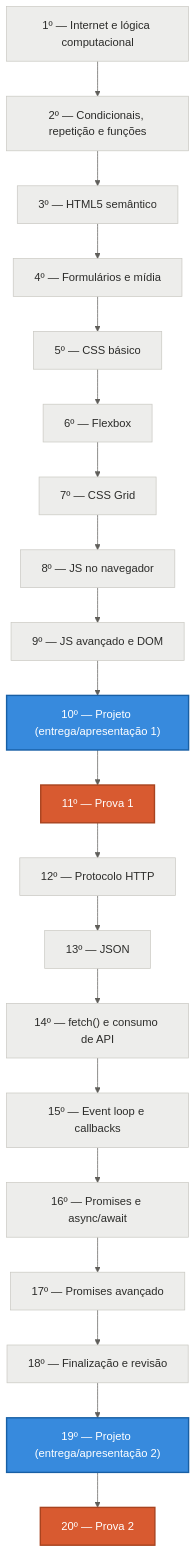
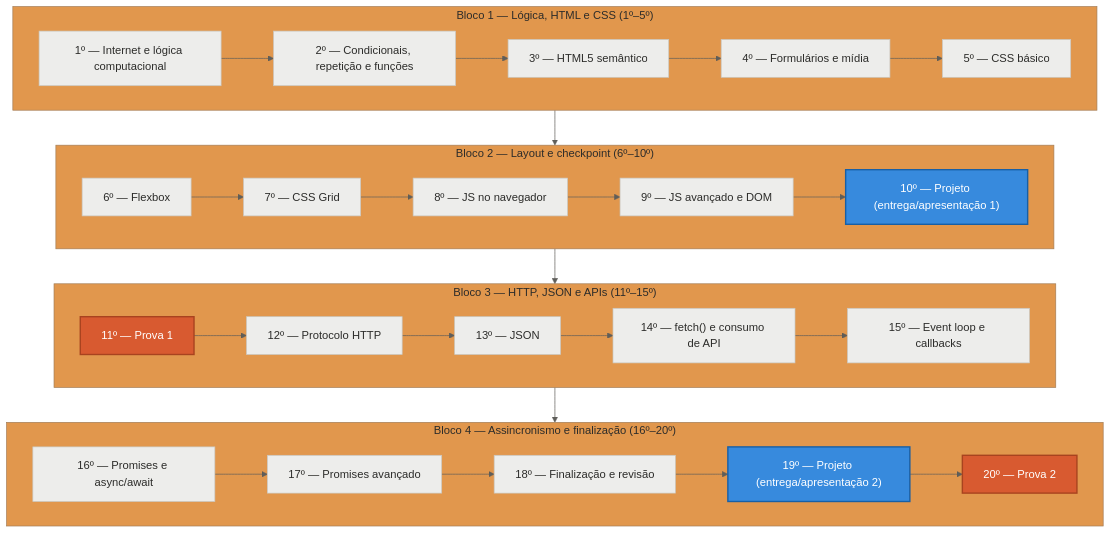
The diagram in roadmap/roadmap.md (gustavocolombelli/uniguacu-web-dev), drawn with Mermaid before and after one commit.

Commit message:
Corrige diagrama do cronograma agrupando encontros em blocos
O flowchart vertical com 20 nos em cadeia gerava um SVG com proporcao
extrema (276x2214px), o que impedia a renderizacao no GitHub. Agrupa
os encontros em 4 subgraphs horizontais empilhados, resultando em uma
proporcao equilibrada (~1560x760px) sem perder informacao.

````diff
--- a/roadmap/roadmap.md
+++ b/roadmap/roadmap.md
@@ -38,39 +38,35 @@
 ```mermaid
 %%{init: {'theme':'base', 'themeVariables': {
   'primaryColor': '#378ADD',
   'primaryTextColor': '#FFFFFF',
   'primaryBorderColor': '#185FA5',
   'secondaryColor': '#D85A30',
   'secondaryTextColor': '#FFFFFF',
   'tertiaryTextColor': '#2C2C2A',
   'lineColor': '#5F5E5A',
   'textColor': '#2C2C2A'
 }}}%%
 flowchart TD
-    n1["1º — Internet e lógica computacional"]:::padrao
-    n2["2º — Condicionais, repetição e funções"]:::padrao
-    n3["3º — HTML5 semântico"]:::padrao
-    n4["4º — Formulários e mídia"]:::padrao
-    n5["5º — CSS básico"]:::padrao
-    n6["6º — Flexbox"]:::padrao
-    n7["7º — CSS Grid"]:::padrao
-    n8["8º — JS no navegador"]:::padrao
-    n9["9º — JS avançado e DOM"]:::padrao
-    n10["10º — Projeto (entrega/apresentação 1)"]:::trabalho
-    n11["11º — Prova 1"]:::prova
-    n12["12º — Protocolo HTTP"]:::padrao
-    n13["13º — JSON"]:::padrao
-    n14["14º — fetch() e consumo de API"]:::padrao
-    n15["15º — Event loop e callbacks"]:::padrao
-    n16["16º — Promises e async/await"]:::padrao
-    n17["17º — Promises avançado"]:::padrao
-    n18["18º — Finalização e revisão"]:::padrao
-    n19["19º — Projeto (entrega/apresentação 2)"]:::trabalho
-    n20["20º — Prova 2"]:::prova
+    subgraph B1["Bloco 1 — Lógica, HTML e CSS (1º–5º)"]
+        direction LR
+        n1["1º — Internet e lógica computacional"]:::padrao --> n2["2º — Condicionais, repetição e funções"]:::padrao --> n3["3º — HTML5 semântico"]:::padrao --> n4["4º — Formulários e mídia"]:::padrao --> n5["5º — CSS básico"]:::padrao
+    end
+    subgraph B2["Bloco 2 — Layout e checkpoint (6º–10º)"]
+        direction LR
+        n6["6º — Flexbox"]:::padrao --> n7["7º — CSS Grid"]:::padrao --> n8["8º — JS no navegador"]:::padrao --> n9["9º — JS avançado e DOM"]:::padrao --> n10["10º — Projeto (entrega/apresentação 1)"]:::trabalho
+    end
+    subgraph B3["Bloco 3 — HTTP, JSON e APIs (11º–15º)"]
+        direction LR
+        n11["11º — Prova 1"]:::prova --> n12["12º — Protocolo HTTP"]:::padrao --> n13["13º — JSON"]:::padrao --> n14["14º — fetch() e consumo de API"]:::padrao --> n15["15º — Event loop e callbacks"]:::padrao
+    end
+    subgraph B4["Bloco 4 — Assincronismo e finalização (16º–20º)"]
+        direction LR
+        n16["16º — Promises e async/await"]:::padrao --> n17["17º — Promises avançado"]:::padrao --> n18["18º — Finalização e revisão"]:::padrao --> n19["19º — Projeto (entrega/apresentação 2)"]:::trabalho --> n20["20º — Prova 2"]:::prova
+    end
 
-    n1 --> n2 --> n3 --> n4 --> n5 --> n6 --> n7 --> n8 --> n9 --> n10 --> n11 --> n12 --> n13 --> n14 --> n15 --> n16 --> n17 --> n18 --> n19 --> n20
+    B1 --> B2 --> B3 --> B4
 
     classDef padrao fill:#EDEDEB,color:#2C2C2A,stroke:#C9C8C2,stroke-width:1px;
     classDef trabalho fill:#378ADD,color:#FFFFFF,stroke:#185FA5,stroke-width:2px;
     classDef prova fill:#D85A30,color:#FFFFFF,stroke:#A8431F,stroke-width:2px;
 ```
````
